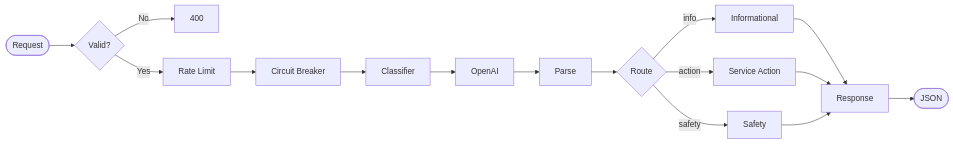
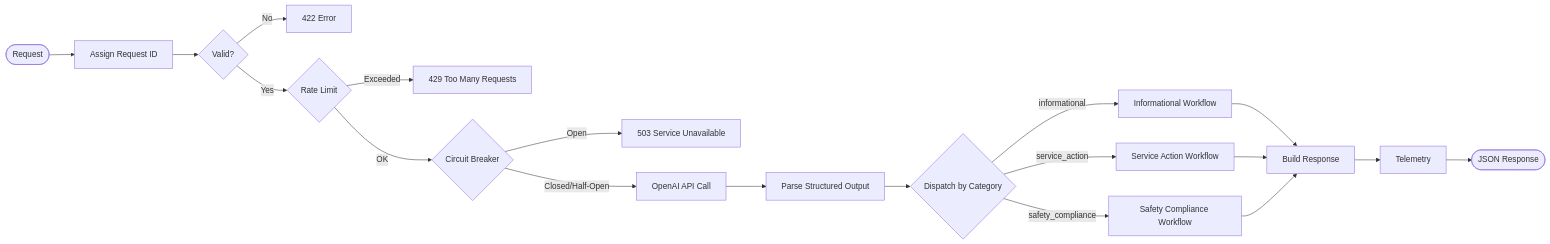
The second of 3 diagrams in docs/architecture.md (kvasilopoulos/contact-center), drawn with Mermaid before and after one commit. The commit also changed other lines of this file and 9 other files, not shown here.

````diff
--- a/docs/architecture.md
+++ b/docs/architecture.md
@@ -45,18 +49,21 @@
 ```mermaid
 flowchart LR
-    Start([Request]) --> Validate{Valid?}
-    Validate -->|No| Err[400]
-    Validate -->|Yes| RL[Rate Limit]
-    RL --> CB[Circuit Breaker]
-    CB --> Classifier[Classifier]
-    Classifier --> LLM[OpenAI]
-    LLM --> Parse[Parse]
-    Parse --> Route{Route}
-    Route -->|info| Info[Informational]
-    Route -->|action| Svc[Service Action]
-    Route -->|safety| Safety[Safety]
-    Info --> Resp[Response]
+    Start([Request]) --> ReqID[Assign Request ID]
+    ReqID --> Validate{Valid?}
+    Validate -->|No| Err[422 Error]
+    Validate -->|Yes| RL{Rate Limit}
+    RL -->|Exceeded| Block[429 Too Many Requests]
+    RL -->|OK| CB{Circuit Breaker}
+    CB -->|Open| Unavail[503 Service Unavailable]
+    CB -->|Closed/Half-Open| LLM[OpenAI API Call]
+    LLM --> Parse[Parse Structured Output]
+    Parse --> Dispatch{Dispatch by Category}
+    Dispatch -->|informational| Info[Informational Workflow]
+    Dispatch -->|service_action| Svc[Service Action Workflow]
+    Dispatch -->|safety_compliance| Safety[Safety Compliance Workflow]
+    Info --> Resp[Build Response]
     Svc --> Resp
     Safety --> Resp
-    Resp --> Out([JSON])
+    Resp --> Telem[Telemetry]
+    Telem --> Out([JSON Response])
 ```
````
